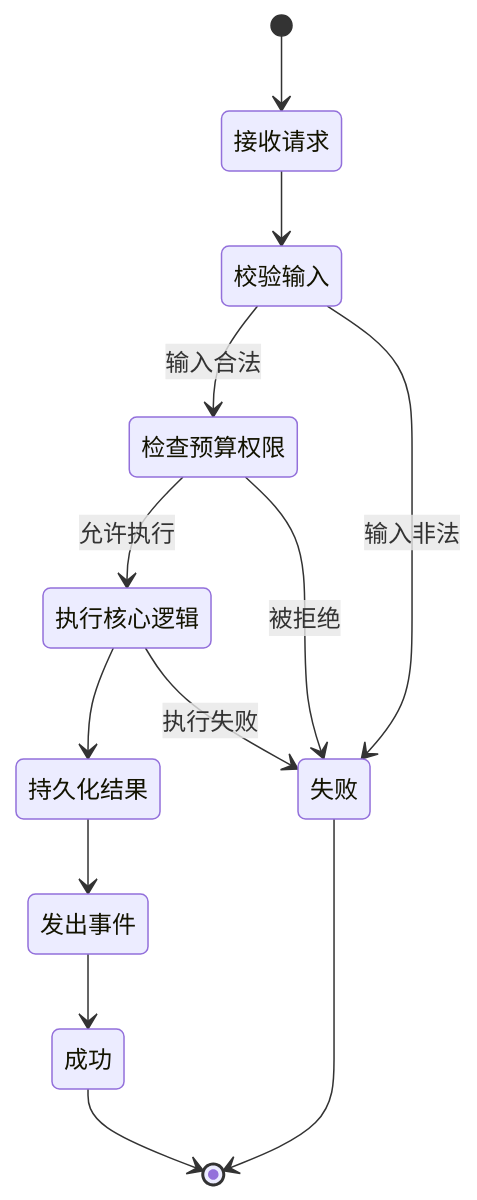
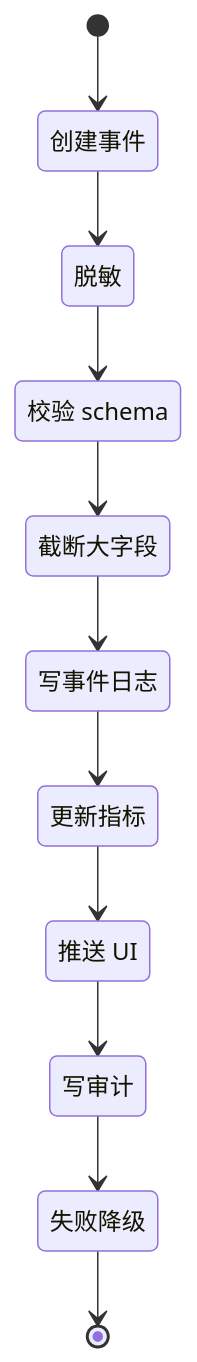
The diagram in docs/detailed-design/15-observability-and-events.md (520skyincloud/agent-framework), drawn with Mermaid before and after one commit. The commit also changed other lines of this file and 17 other files, not shown here.

```diff
--- a/docs/detailed-design/15-observability-and-events.md
+++ b/docs/detailed-design/15-observability-and-events.md
@@ -27,24 +24,22 @@
 ~~~mermaid
 stateDiagram-v2
-  state "接收请求" as Receive
-  state "校验输入" as Validate
-  state "检查预算权限" as Guard
-  state "执行核心逻辑" as Execute
-  state "持久化结果" as Persist
-  state "发出事件" as Emit
-  state "成功" as Success
-  state "失败" as Failure
-
-  [*] --> Receive
-  Receive --> Validate
-  Validate --> Guard: 输入合法
-  Validate --> Failure: 输入非法
-  Guard --> Execute: 允许执行
-  Guard --> Failure: 被拒绝
-  Execute --> Persist
-  Execute --> Failure: 执行失败
-  Persist --> Emit
-  Emit --> Success
-  Success --> [*]
-  Failure --> [*]
+  state "创建事件" as S0
+  state "脱敏" as S1
+  state "校验 schema" as S2
+  state "截断大字段" as S3
+  state "写事件日志" as S4
+  state "更新指标" as S5
+  state "推送 UI" as S6
+  state "写审计" as S7
+  state "失败降级" as S8
+  [*] --> S0
+  S0 --> S1
+  S1 --> S2
+  S2 --> S3
+  S3 --> S4
+  S4 --> S5
+  S5 --> S6
+  S6 --> S7
+  S7 --> S8
+  S8 --> [*]
 ~~~
```
